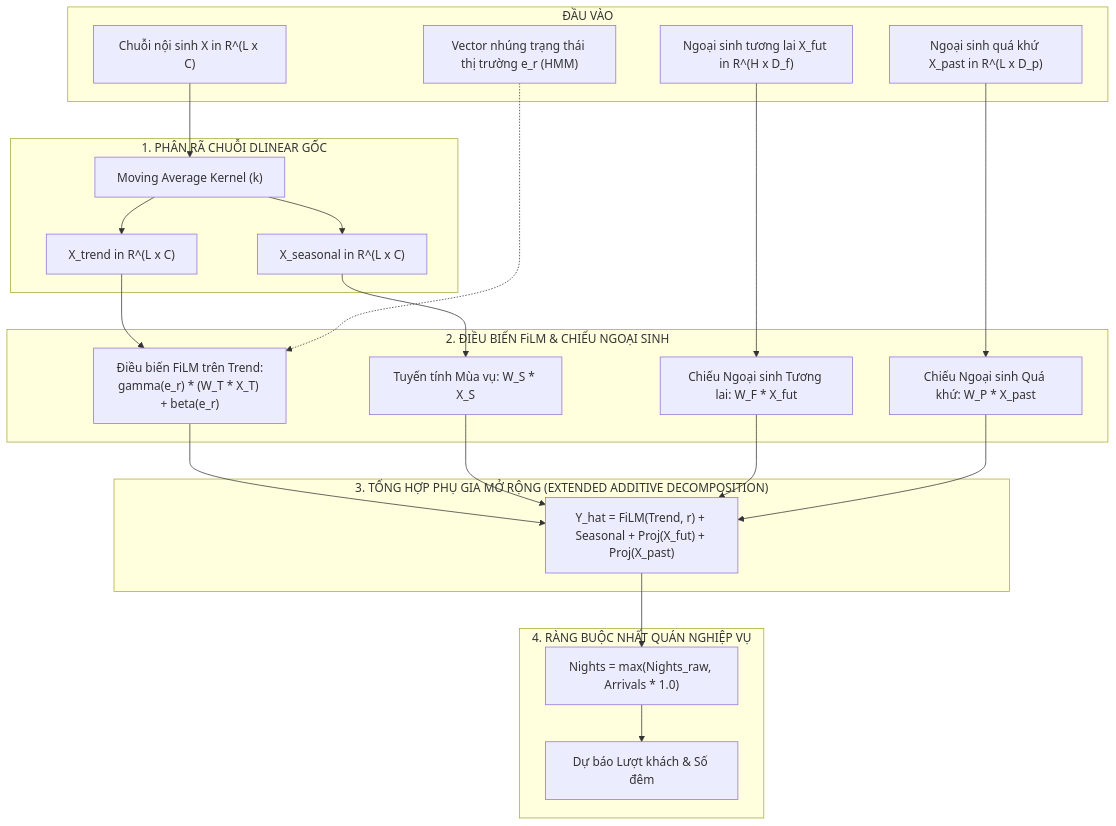
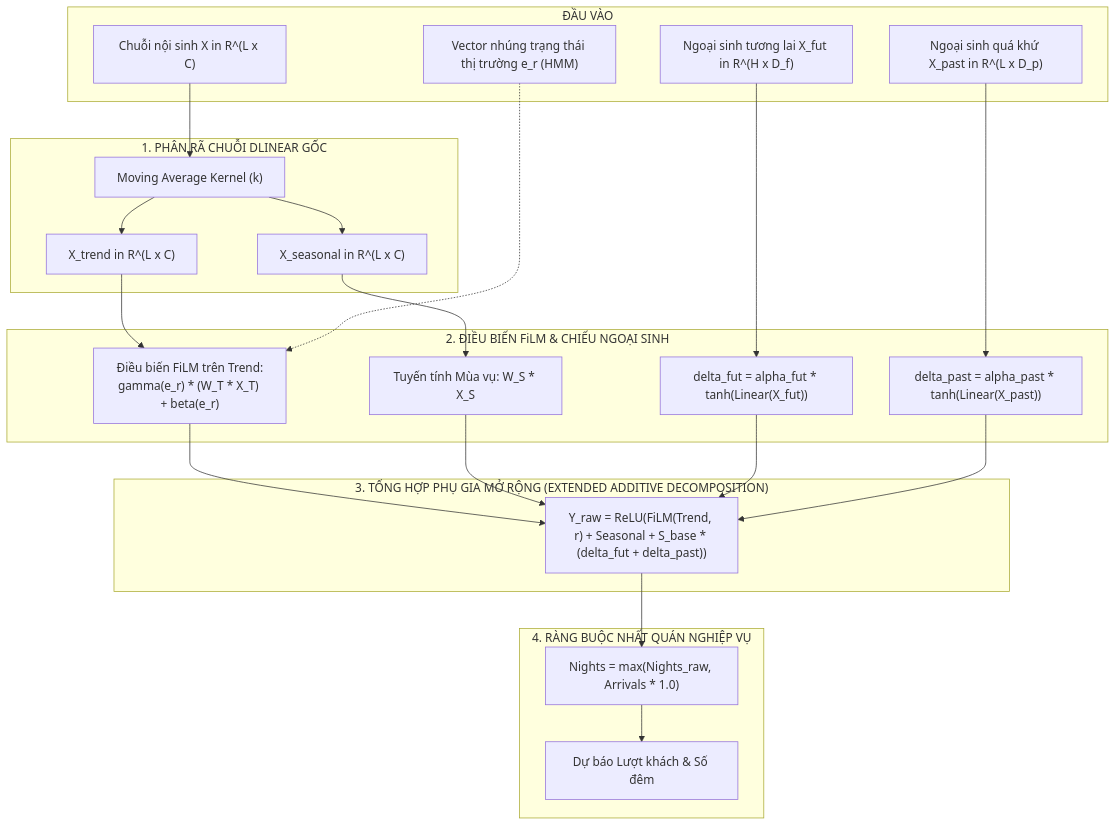
Before and after one commit to tuantn1807/RegiTour: the diagram in docs/03_architecture/RA_EXO_DLINEAR_SPEC.md, drawn with Mermaid. The commit also changed other lines of this file and 18 other files, not shown here.

````diff
--- a/docs/03_architecture/RA_EXO_DLINEAR_SPEC.md
+++ b/docs/03_architecture/RA_EXO_DLINEAR_SPEC.md
@@ -30,46 +30,46 @@
 ```mermaid
 flowchart TD
     subgraph Inputs ["ĐẦU VÀO"]
         X["Chuỗi nội sinh X in R^(L x C)"]
         X_f["Ngoại sinh tương lai X_fut in R^(H x D_f)"]
         X_p["Ngoại sinh quá khứ X_past in R^(L x D_p)"]
         e_r["Vector nhúng trạng thái thị trường e_r (HMM)"]
     end
 
     subgraph Decomp ["1. PHÂN RÃ CHUỖI DLINEAR GỐC"]
         MA["Moving Average Kernel (k)"]
         X --> MA
         X_T["X_trend in R^(L x C)"]
         X_S["X_seasonal in R^(L x C)"]
         MA --> X_T
         MA --> X_S
     end
 
     subgraph Extensions ["2. ĐIỀU BIẾN FiLM & CHIẾU NGOẠI SINH"]
         W_S["Tuyến tính Mùa vụ: W_S * X_S"]
         FiLM["Điều biến FiLM trên Trend:<br/>gamma(e_r) * (W_T * X_T) + beta(e_r)"]
-        W_F["Chiếu Ngoại sinh Tương lai: W_F * X_fut"]
-        W_P["Chiếu Ngoại sinh Quá khứ: W_P * X_past"]
+        W_F["delta_fut = alpha_fut * tanh(Linear(X_fut))"]
+        W_P["delta_past = alpha_past * tanh(Linear(X_past))"]
         
         X_S --> W_S
         X_T --> FiLM
         e_r -.-> FiLM
         X_f --> W_F
         X_p --> W_P
     end
 
     subgraph Additive_Fusion ["3. TỔNG HỢP PHỤ GIA MỞ RỘNG (EXTENDED ADDITIVE DECOMPOSITION)"]
-        SUM["Y_hat = FiLM(Trend, r) + Seasonal + Proj(X_fut) + Proj(X_past)"]
+        SUM["Y_raw = ReLU(FiLM(Trend, r) + Seasonal + S_base * (delta_fut + delta_past))"]
         FiLM --> SUM
         W_S --> SUM
         W_F --> SUM
         W_P --> SUM
     end
 
     subgraph Consistency ["4. RÀNG BUỘC NHẤT QUÁN NGHIỆP VỤ"]
         CONS["Nights = max(Nights_raw, Arrivals * 1.0)"]
         SUM --> CONS
         OUT["Dự báo Lượt khách & Số đêm"]
         CONS --> OUT
     end
 ```
````
